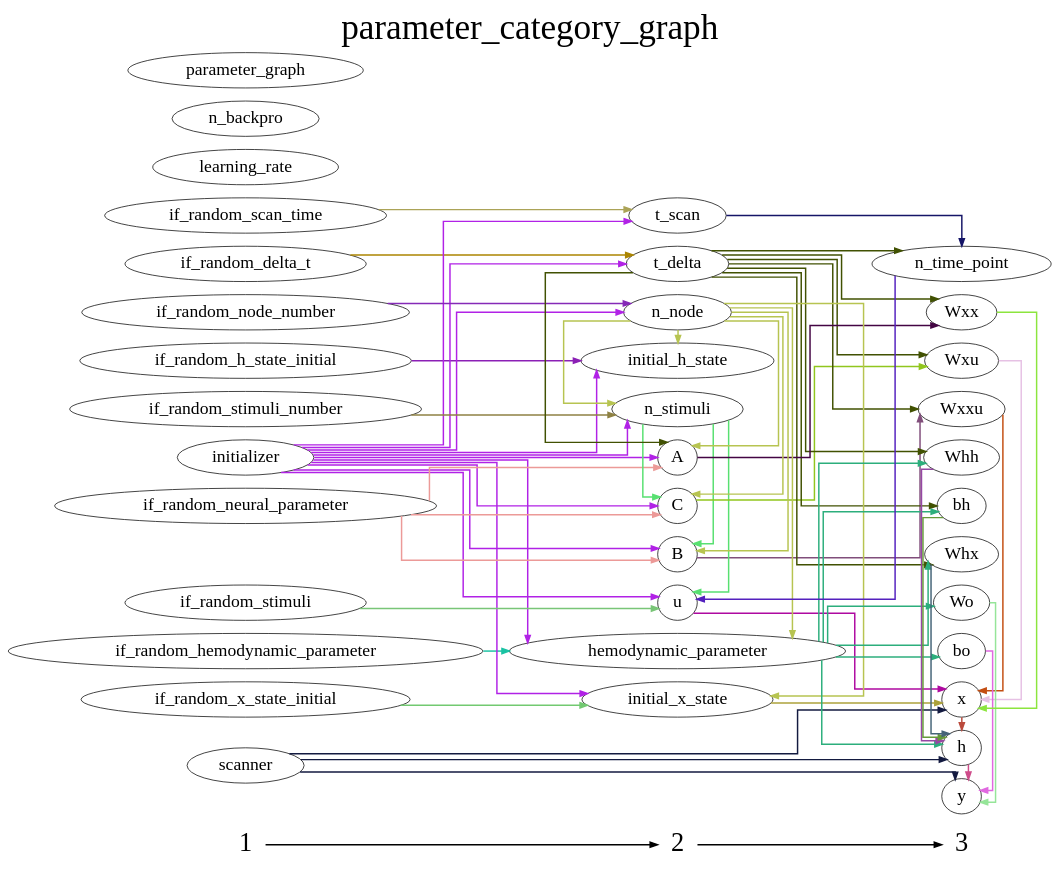
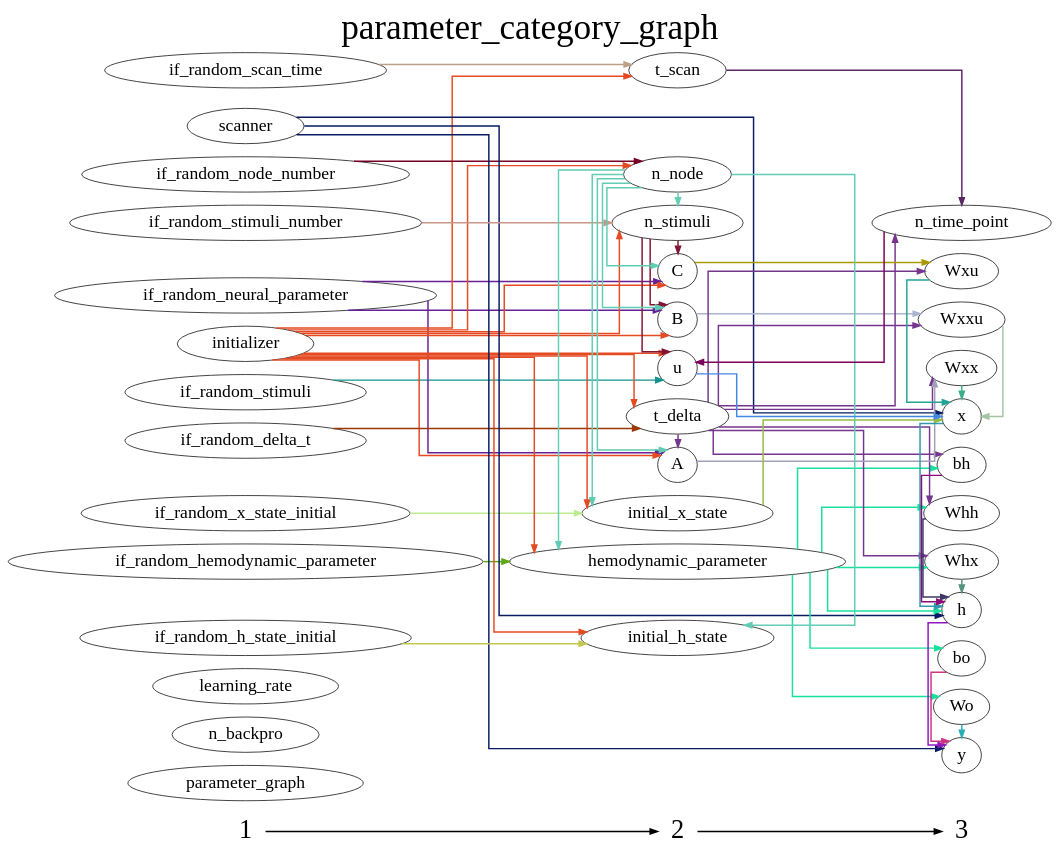
Before and after one commit to YuanWangOnward/DCM_RNN: the diagram in DCM_RNN/documents/parameter_category_graph.gv, drawn with Graphviz. The commit also changed 5 other files, not shown here.

```diff
--- a/DCM_RNN/documents/parameter_category_graph.gv
+++ b/DCM_RNN/documents/parameter_category_graph.gv
@@ -1,132 +1,132 @@
 digraph G {
           splines=ortho;
           fontsize = 48;
           rankdir = "LR";
           node[fontsize=24];
           edge[penwidth=2];
           {
           node [shape=plaintext fontsize=36];
           1 -> 
           2 -> 
           3
           }
           {rank = same;
           1;
+          parameter_graph;
+          n_backpro;
+          learning_rate;
+          if_random_stimuli;
+          if_random_x_state_initial;
+          if_random_neural_parameter;
+          if_random_hemodynamic_parameter;
+          if_random_scan_time;
+          initializer;
+          if_random_node_number;
+          if_random_delta_t;
+          scanner;
           if_random_h_state_initial;
-          if_random_delta_t;
-          if_random_hemodynamic_parameter;
-          learning_rate;
-          scanner;
-          initializer;
-          n_backpro;
-          if_random_x_state_initial;
           if_random_stimuli_number;
-          if_random_node_number;
-          parameter_graph;
-          if_random_stimuli;
-          if_random_scan_time;
-          if_random_neural_parameter;
           }
           {rank = same;
           2;
           B;
+          n_stimuli;
+          hemodynamic_parameter;
+          t_delta;
           t_scan;
-          n_stimuli;
-          u;
+          A;
           C;
-          t_delta;
-          initial_h_state;
-          A;
           initial_x_state;
           n_node;
-          hemodynamic_parameter;
+          u;
+          initial_h_state;
           }
           {rank = same;
           3;
           x;
+          bh;
+          Wxxu;
+          y;
+          h;
           Whh;
-          bh;
+          n_time_point;
+          bo;
+          Wxx;
           Wxu;
           Whx;
-          h;
-          Wxxu;
           Wo;
-          y;
-          bo;
-          Wxx;
-          n_time_point;
           }
-          if_random_h_state_initial -> initial_h_state [color="#8B20B5"];
-          Wxu -> x [color="#E6C1E4"];
-          x -> h [color="#BA4A3C"];
-          if_random_hemodynamic_parameter -> hemodynamic_parameter [color="#1AC2A3"];
-          t_scan -> n_time_point [color="#151567"];
+          x -> h [color="#3398AB"];
+          parameter_graph ;
+          if_random_h_state_initial -> initial_h_state [color="#C5C74E"];
+          h -> y [color="#8E17C1"];
+          B -> Wxxu [color="#ABB5CE"];
           learning_rate ;
-          if_random_scan_time -> t_scan [color="#ABA357"];
-          u -> x [color="#AE09A0"];
-          bh -> h [color="#659A39"];
-          B -> Wxxu [color="#804E7B"];
+          n_backpro ;
+          if_random_stimuli -> u [color="#13948E"];
+          if_random_hemodynamic_parameter -> hemodynamic_parameter [color="#5EA816"];
+          bh -> h [color="#900979"];
+          n_stimuli -> u [color="#821532"];
+          n_stimuli -> C [color="#821532"];
+          n_stimuli -> B [color="#821532"];
+          if_random_neural_parameter -> A [color="#672198"];
+          if_random_neural_parameter -> C [color="#672198"];
+          if_random_neural_parameter -> B [color="#672198"];
+          Wxx -> x [color="#3BAE89"];
+          y ;
+          if_random_x_state_initial -> initial_x_state [color="#BBEC92"];
+          if_random_scan_time -> t_scan [color="#BCA088"];
+          Wxu -> x [color="#22A595"];
+          Whh -> h [color="#403865"];
+          if_random_node_number -> n_node [color="#770025"];
+          t_delta -> bh [color="#76368E"];
+          t_delta -> Wxu [color="#76368E"];
+          t_delta -> Whx [color="#76368E"];
+          t_delta -> Whh [color="#76368E"];
+          t_delta -> Wxx [color="#76368E"];
+          t_delta -> n_time_point [color="#76368E"];
+          t_delta -> A [color="#76368E"];
+          t_delta -> Wxxu [color="#76368E"];
+          n_time_point -> u [color="#7C005B"];
+          t_scan -> n_time_point [color="#592964"];
+          if_random_delta_t -> t_delta [color="#9C3805"];
+          A -> Wxx [color="#A1A0B9"];
+          bo -> y [color="#CB3581"];
+          C -> Wxu [color="#A89A04"];
+          initial_x_state -> x [color="#94BA47"];
+          n_node -> n_stimuli [color="#62CCB4"];
+          n_node -> hemodynamic_parameter [color="#62CCB4"];
+          n_node -> A [color="#62CCB4"];
+          n_node -> C [color="#62CCB4"];
+          n_node -> initial_x_state [color="#62CCB4"];
+          n_node -> B [color="#62CCB4"];
+          n_node -> initial_h_state [color="#62CCB4"];
+          scanner -> h [color="#071C62"];
+          scanner -> x [color="#071C62"];
+          scanner -> y [color="#071C62"];
+          u -> x [color="#4288E3"];
+          if_random_stimuli_number -> n_stimuli [color="#C89788"];
           initial_h_state ;
-          y ;
-          Wo -> y [color="#96E599"];
-          scanner -> x [color="#131A40"];
-          scanner -> h [color="#131A40"];
-          scanner -> y [color="#131A40"];
-          C -> Wxu [color="#91C61E"];
-          Whh -> h [color="#9648A4"];
-          Whx -> h [color="#456478"];
-          h -> y [color="#CE4C8A"];
-          if_random_delta_t -> t_delta [color="#AB8501"];
-          A -> Wxx [color="#430543"];
-          Wxxu -> x [color="#C34E12"];
-          initial_x_state -> x [color="#ACA23B"];
-          initializer -> t_scan [color="#B122E6"];
-          initializer -> n_node [color="#B122E6"];
-          initializer -> B [color="#B122E6"];
-          initializer -> u [color="#B122E6"];
-          initializer -> C [color="#B122E6"];
-          initializer -> t_delta [color="#B122E6"];
-          initializer -> initial_h_state [color="#B122E6"];
-          initializer -> A [color="#B122E6"];
-          initializer -> initial_x_state [color="#B122E6"];
-          initializer -> n_stimuli [color="#B122E6"];
-          initializer -> hemodynamic_parameter [color="#B122E6"];
-          n_backpro ;
-          if_random_x_state_initial -> initial_x_state [color="#72C971"];
-          if_random_stimuli_number -> n_stimuli [color="#8E8143"];
-          if_random_node_number -> n_node [color="#852AB7"];
-          t_delta -> Whh [color="#415102"];
-          t_delta -> bh [color="#415102"];
-          t_delta -> Wxu [color="#415102"];
-          t_delta -> Wxxu [color="#415102"];
-          t_delta -> Wxx [color="#415102"];
-          t_delta -> Whx [color="#415102"];
-          t_delta -> A [color="#415102"];
-          t_delta -> n_time_point [color="#415102"];
-          parameter_graph ;
-          if_random_stimuli -> u [color="#79C577"];
-          bo -> y [color="#E068E0"];
-          Wxx -> x [color="#8CE53E"];
-          n_time_point -> u [color="#5421BE"];
-          n_stimuli -> B [color="#58E071"];
-          n_stimuli -> u [color="#58E071"];
-          n_stimuli -> C [color="#58E071"];
-          if_random_neural_parameter -> B [color="#EC9A98"];
-          if_random_neural_parameter -> C [color="#EC9A98"];
-          if_random_neural_parameter -> A [color="#EC9A98"];
-          n_node -> B [color="#B7C451"];
-          n_node -> C [color="#B7C451"];
-          n_node -> initial_h_state [color="#B7C451"];
-          n_node -> A [color="#B7C451"];
-          n_node -> initial_x_state [color="#B7C451"];
-          n_node -> n_stimuli [color="#B7C451"];
-          n_node -> hemodynamic_parameter [color="#B7C451"];
-          hemodynamic_parameter -> Whh [color="#2CAE7C"];
-          hemodynamic_parameter -> bh [color="#2CAE7C"];
-          hemodynamic_parameter -> bo [color="#2CAE7C"];
-          hemodynamic_parameter -> Whx [color="#2CAE7C"];
-          hemodynamic_parameter -> h [color="#2CAE7C"];
-          hemodynamic_parameter -> Wo [color="#2CAE7C"];
+          Wxxu -> x [color="#A4C3A3"];
+          hemodynamic_parameter -> h [color="#18E09E"];
+          hemodynamic_parameter -> bh [color="#18E09E"];
+          hemodynamic_parameter -> Whx [color="#18E09E"];
+          hemodynamic_parameter -> Whh [color="#18E09E"];
+          hemodynamic_parameter -> bo [color="#18E09E"];
+          hemodynamic_parameter -> Wo [color="#18E09E"];
+          initializer -> t_delta [color="#E54A22"];
+          initializer -> n_node [color="#E54A22"];
+          initializer -> u [color="#E54A22"];
+          initializer -> t_scan [color="#E54A22"];
+          initializer -> n_stimuli [color="#E54A22"];
+          initializer -> hemodynamic_parameter [color="#E54A22"];
+          initializer -> A [color="#E54A22"];
+          initializer -> C [color="#E54A22"];
+          initializer -> initial_x_state [color="#E54A22"];
+          initializer -> B [color="#E54A22"];
+          initializer -> initial_h_state [color="#E54A22"];
+          Whx -> h [color="#56927E"];
+          Wo -> y [color="#29AEB5"];
           labelloc = "t";
           label = "parameter_category_graph";
 }
```
